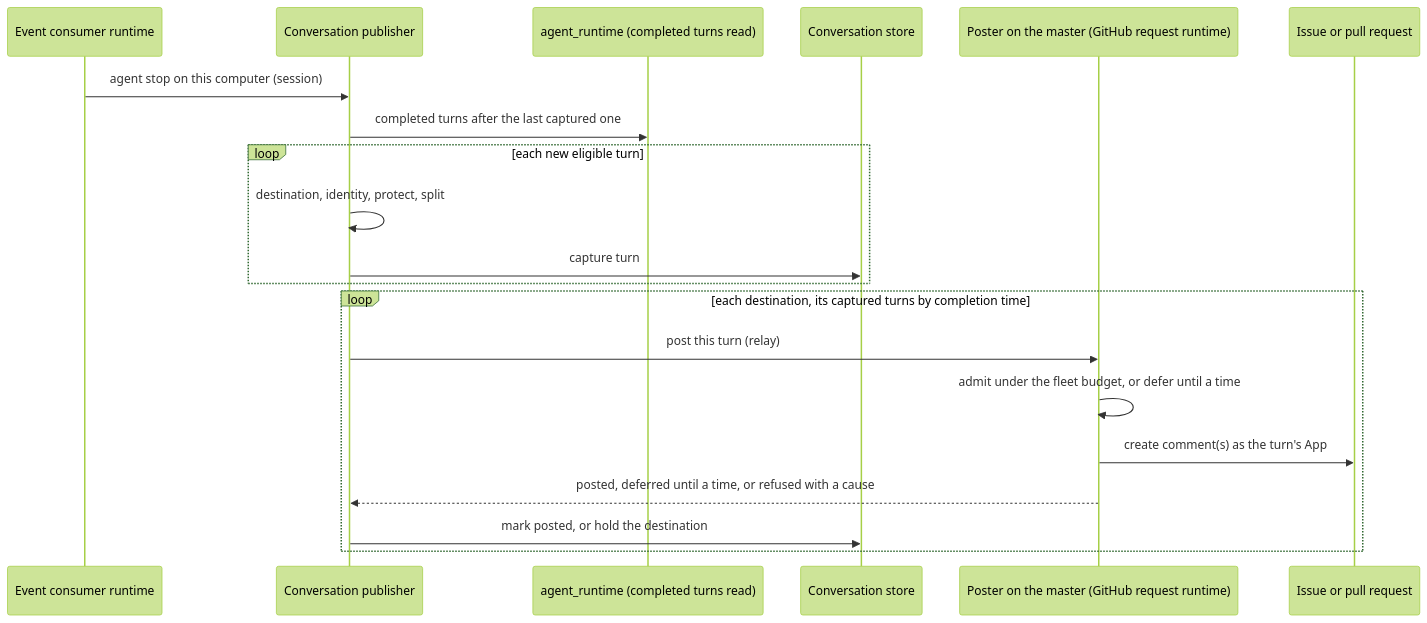
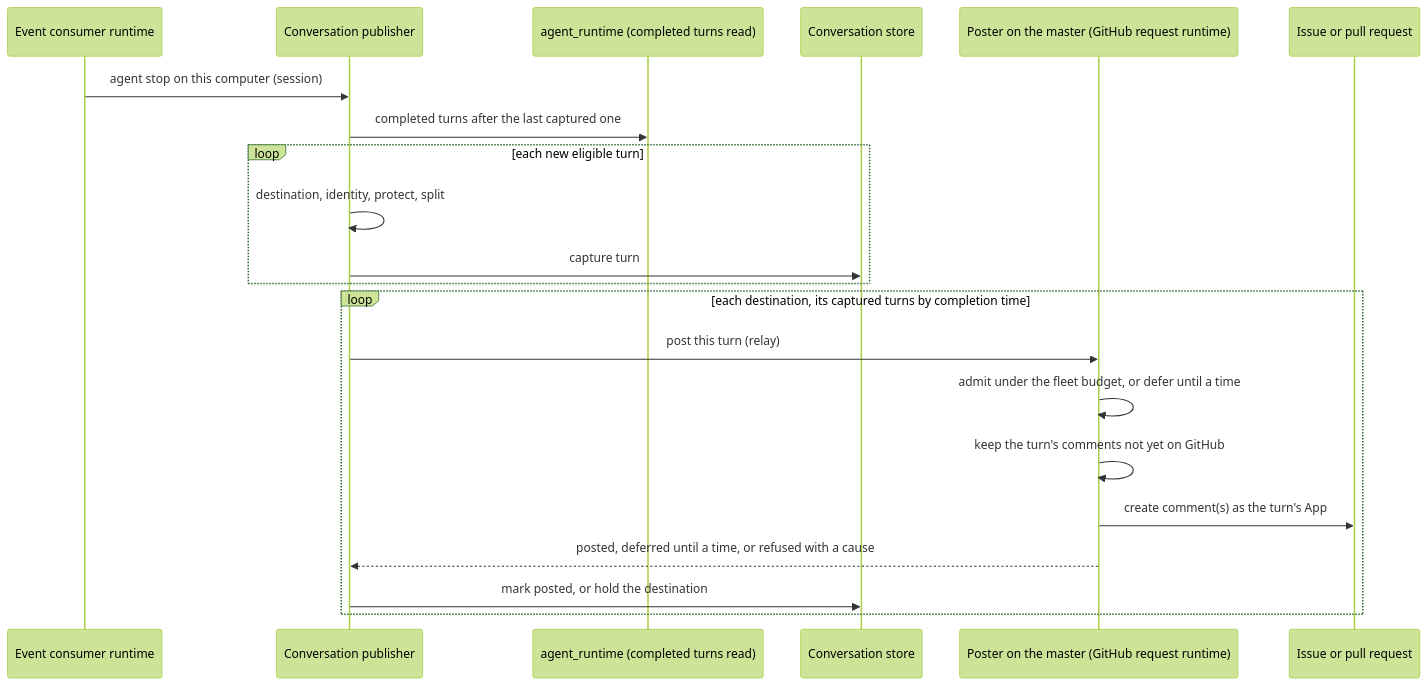
Before and after one commit to InstruktAI/TeleClaude: the diagram in docs/local/design/architecture/work-item-conversation.md, drawn with Mermaid (forest theme). The commit also changed other lines of this file and 2 other files, not shown here.

First line of the commit message:
docs(workflow-store): own every conversation publication decision and keep a part-posted turn consecutive

````diff
--- a/docs/local/design/architecture/work-item-conversation.md
+++ b/docs/local/design/architecture/work-item-conversation.md
@@ -174,22 +108,23 @@
 ```mermaid
 sequenceDiagram
     participant EC as Event consumer runtime
     participant P as Conversation publisher
     participant AR as agent_runtime (completed turns read)
     participant WC as Conversation store
     participant M as Poster on the master (GitHub request runtime)
     participant GH as Issue or pull request
     EC->>P: agent stop on this computer (session)
     P->>AR: completed turns after the last captured one
     loop each new eligible turn
         P->>P: destination, identity, protect, split
         P->>WC: capture turn
     end
     loop each destination, its captured turns by completion time
         P->>M: post this turn (relay)
         M->>M: admit under the fleet budget, or defer until a time
+        M->>M: keep the turn's comments not yet on GitHub
         M->>GH: create comment(s) as the turn's App
         M-->>P: posted, deferred until a time, or refused with a cause
         P->>WC: mark posted, or hold the destination
     end
 ```
````
